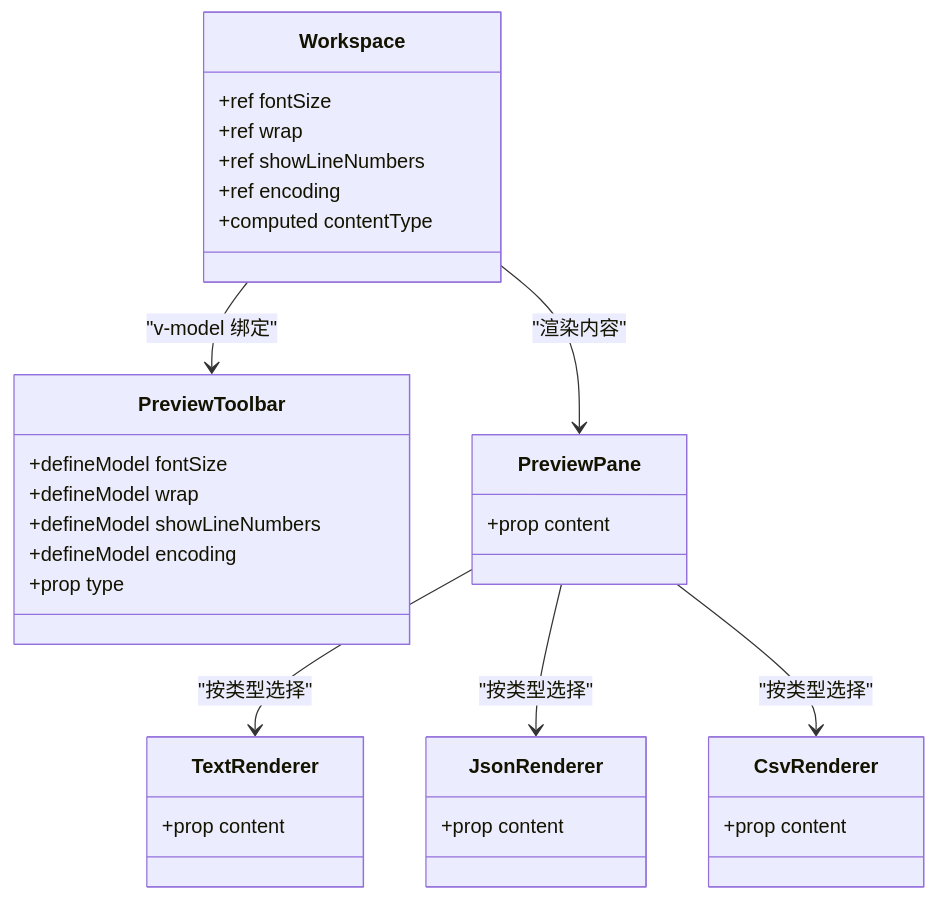
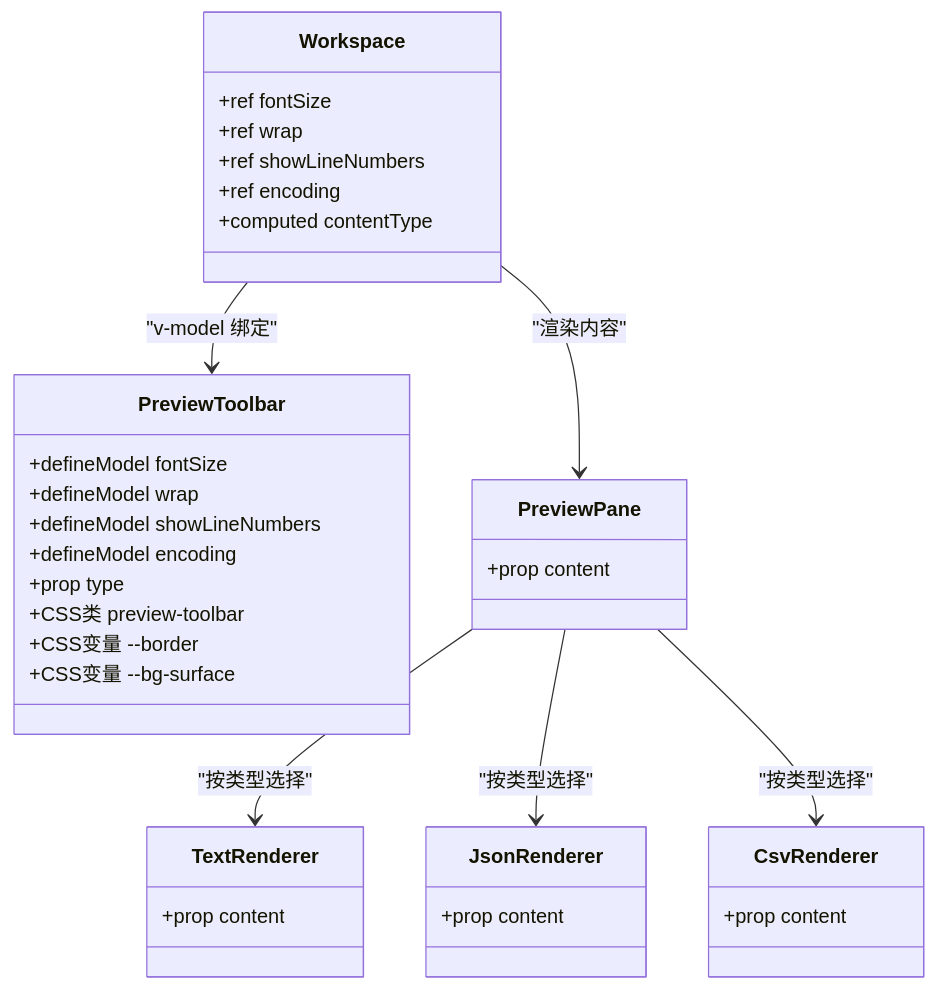
The fifth of 6 diagrams in .qoder/repowiki/zh/content/架构设计/组件层次结构/工作区组件/预览工具栏组件.md (taoweidong/Hello-Tauri), drawn with Mermaid before and after one commit. The commit also changed other lines of this file and 14 other files, not shown here.

````diff
--- a/.qoder/repowiki/zh/content/架构设计/组件层次结构/工作区组件/预览工具栏组件.md
+++ b/.qoder/repowiki/zh/content/架构设计/组件层次结构/工作区组件/预览工具栏组件.md
@@ -149,34 +213,37 @@
 ```mermaid
 classDiagram
 class Workspace {
 +ref fontSize
 +ref wrap
 +ref showLineNumbers
 +ref encoding
 +computed contentType
 }
 class PreviewToolbar {
 +defineModel fontSize
 +defineModel wrap
 +defineModel showLineNumbers
 +defineModel encoding
 +prop type
++CSS类 preview-toolbar
++CSS变量 --border
++CSS变量 --bg-surface
 }
 class PreviewPane {
 +prop content
 }
 class TextRenderer {
 +prop content
 }
 class JsonRenderer {
 +prop content
 }
 class CsvRenderer {
 +prop content
 }
 Workspace --> PreviewToolbar : "v-model 绑定"
 Workspace --> PreviewPane : "渲染内容"
 PreviewPane --> TextRenderer : "按类型选择"
 PreviewPane --> JsonRenderer : "按类型选择"
 PreviewPane --> CsvRenderer : "按类型选择"
 ```
````
